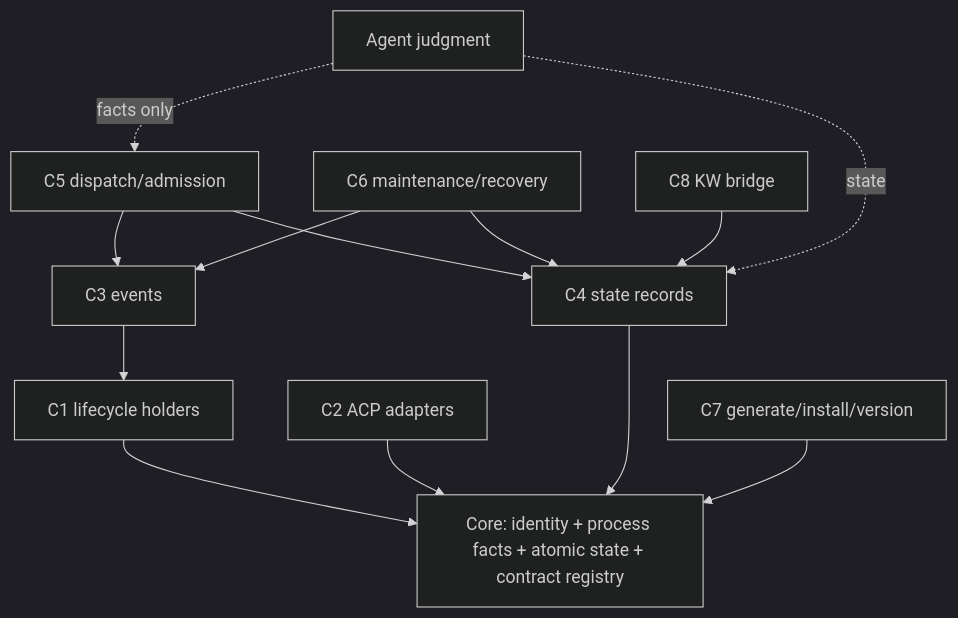
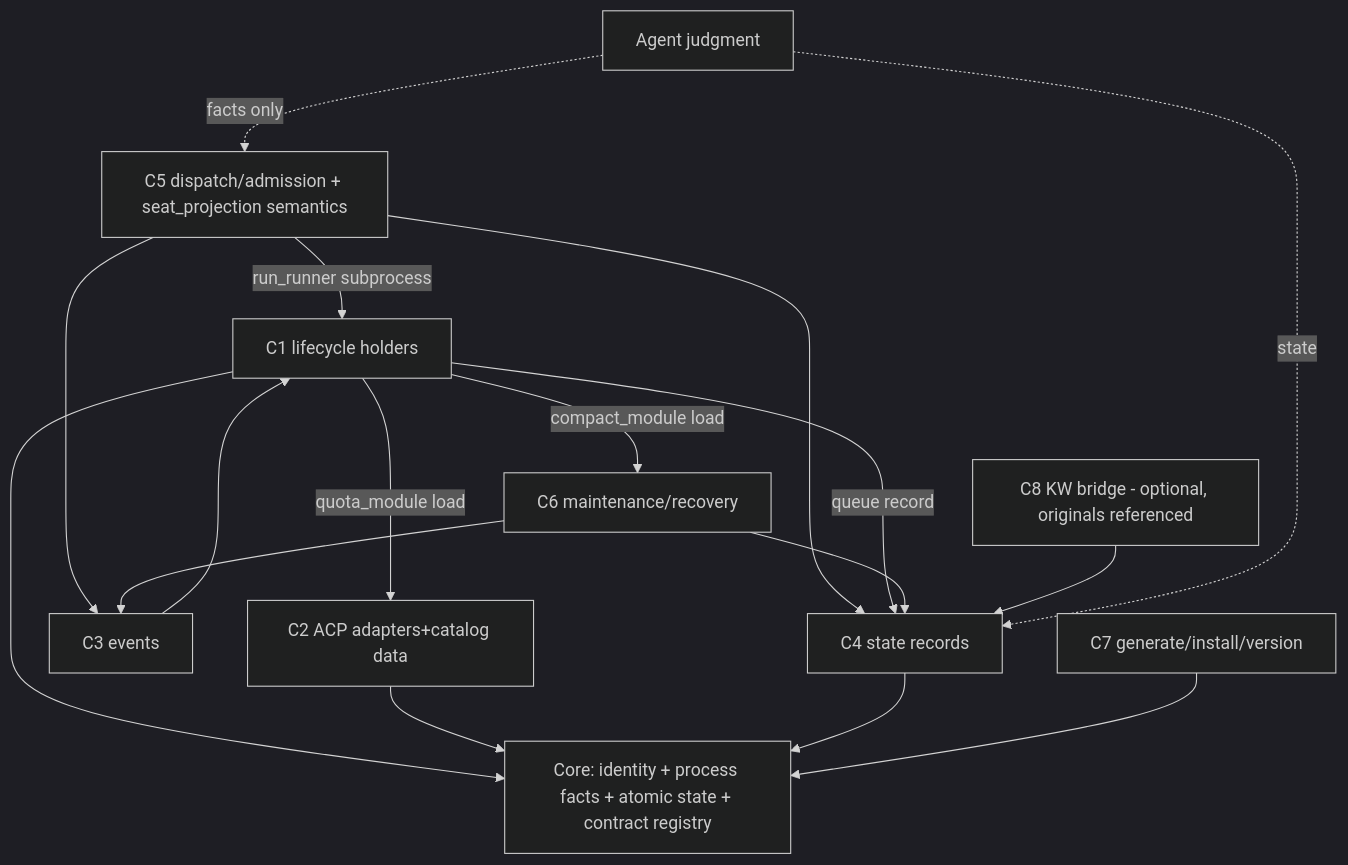
Before and after one commit to KaolaBrother/kaola-project-runner: the diagram in docs/designs/modular-core-2026-10-07/design.md, drawn with Mermaid (dark theme). The commit also changed other lines of this file and 3 other files, not shown here.

````diff
--- a/docs/designs/modular-core-2026-10-07/design.md
+++ b/docs/designs/modular-core-2026-10-07/design.md
@@ -39,16 +39,20 @@
 ```mermaid
 graph TD
   CORE[Core: identity + process facts + atomic state + contract registry]
   C1[C1 lifecycle holders] --> CORE
-  C2[C2 ACP adapters] --> CORE
+  C2[C2 ACP adapters+catalog data] --> CORE
   C3[C3 events] --> C1
   C4[C4 state records] --> CORE
-  C5[C5 dispatch/admission] --> C4
+  C5[C5 dispatch/admission + seat_projection semantics] --> C4
   C5 --> C3
+  C5 -->|run_runner subprocess| C1
+  C1 -->|quota_module load| C2
+  C1 -->|compact_module load| C6
+  C1 -->|queue record| C4
   C6[C6 maintenance/recovery] --> C4
   C6 --> C3
   C7[C7 generate/install/version] --> CORE
-  KW[C8 KW bridge] --> C4
+  KW[C8 KW bridge - optional, originals referenced] --> C4
   AGT[Agent judgment] -.facts only.-> C5
   AGT -.state.-> C4
 ```
````
